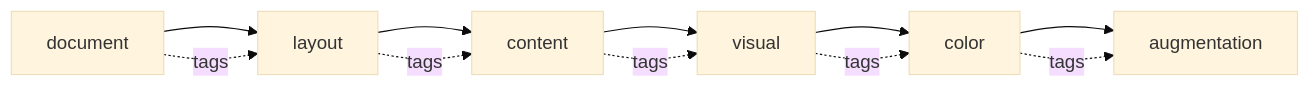
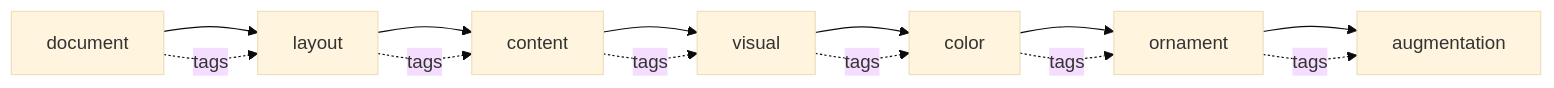
One commit to LinhPhuong14/vlm-ocr-synthetic changed the seventh of 9 diagrams in README.md. Above: the diagram before and after it, drawn with Mermaid (base theme). The commit also changed other lines of this file and 23 other files, not shown here.

````diff
--- a/README.md
+++ b/README.md
@@ -286,9 +287,10 @@
 ```mermaid
 flowchart LR
-    d["document"] --> l["layout"] --> c["content"] --> v["visual"] --> col["color"] --> a["augmentation"]
+    d["document"] --> l["layout"] --> c["content"] --> v["visual"] --> col["color"] --> o["ornament"] --> a["augmentation"]
     d -. tags .-> l
     l -. tags .-> c
     c -. tags .-> v
     v -. tags .-> col
-    col -. tags .-> a
+    col -. tags .-> o
+    o -. tags .-> a
 ```
````
